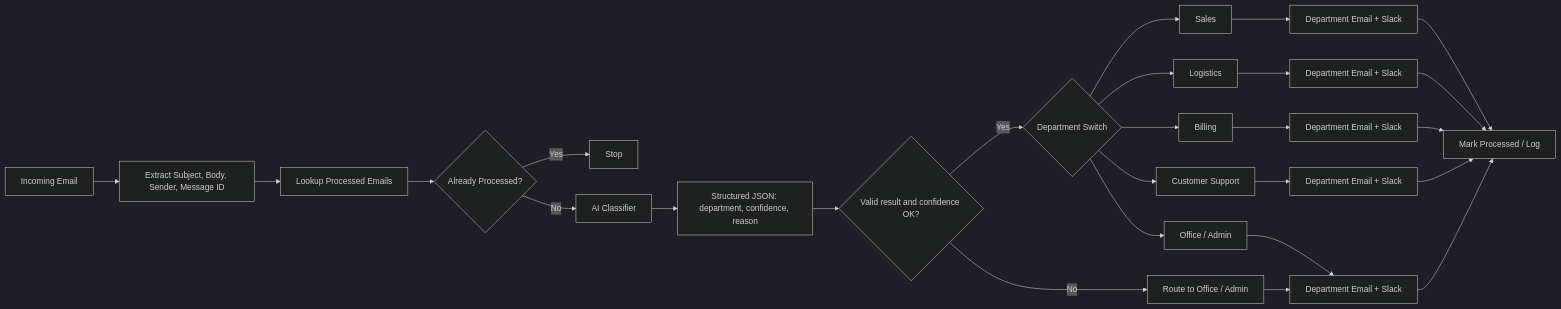
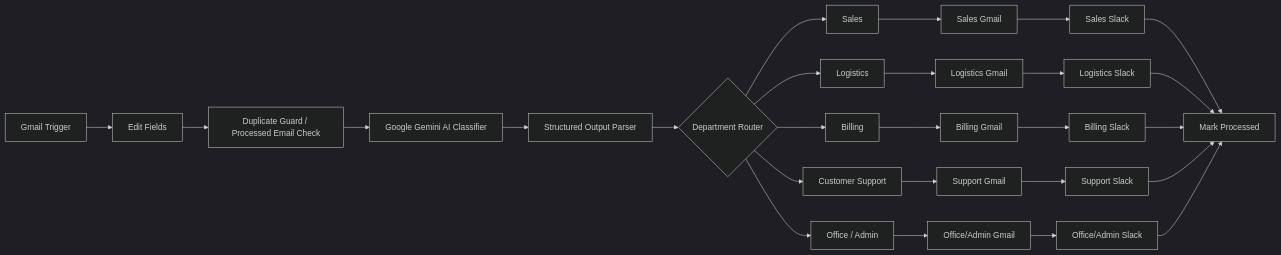
Before and after one commit to Dudubynatur3/ai-automation-portfolio: the diagram in 03-cupid-intelligent-email-routing/README.md, drawn with Mermaid (dark theme). The commit also changed other lines of this file, not shown here.

Commit message:
Align Cupid evidence with final Gemini workflow

````diff
--- a/03-cupid-intelligent-email-routing/README.md
+++ b/03-cupid-intelligent-email-routing/README.md
@@ -27,28 +27,28 @@
 ```mermaid
 flowchart LR
-    A[Incoming Email] --> B[Extract Subject, Body, Sender, Message ID]
-    B --> C[Lookup Processed Emails]
-    C --> D{Already Processed?}
-    D -->|Yes| X[Stop]
-    D -->|No| E[AI Classifier]
-    E --> F[Structured JSON: department, confidence, reason]
-    F --> G{Valid result and confidence OK?}
-    G -->|No| H[Route to Office / Admin]
-    G -->|Yes| I{Department Switch}
-    I --> S[Sales]
-    I --> L[Logistics]
-    I --> BIL[Billing]
-    I --> CS[Customer Support]
-    I --> O[Office / Admin]
-    S --> N1[Department Email + Slack]
-    L --> N2[Department Email + Slack]
-    BIL --> N3[Department Email + Slack]
-    CS --> N4[Department Email + Slack]
-    O --> N5[Department Email + Slack]
-    H --> N5
-    N1 --> Z[Mark Processed / Log]
-    N2 --> Z
-    N3 --> Z
-    N4 --> Z
-    N5 --> Z
+    A[Gmail Trigger] --> B[Edit Fields]
+    B --> C[Duplicate Guard / Processed Email Check]
+    C --> D[Google Gemini AI Classifier]
+    D --> E[Structured Output Parser]
+    E --> F{Department Router}
+    F --> S[Sales]
+    F --> L[Logistics]
+    F --> BIL[Billing]
+    F --> CS[Customer Support]
+    F --> O[Office / Admin]
+    S --> S1[Sales Gmail]
+    S1 --> S2[Sales Slack]
+    L --> L1[Logistics Gmail]
+    L1 --> L2[Logistics Slack]
+    BIL --> B1[Billing Gmail]
+    B1 --> B2[Billing Slack]
+    CS --> C1[Support Gmail]
+    C1 --> C2[Support Slack]
+    O --> O1[Office/Admin Gmail]
+    O1 --> O2[Office/Admin Slack]
+    S2 --> Z[Mark Processed]
+    L2 --> Z
+    B2 --> Z
+    C2 --> Z
+    O2 --> Z
 ```
````
